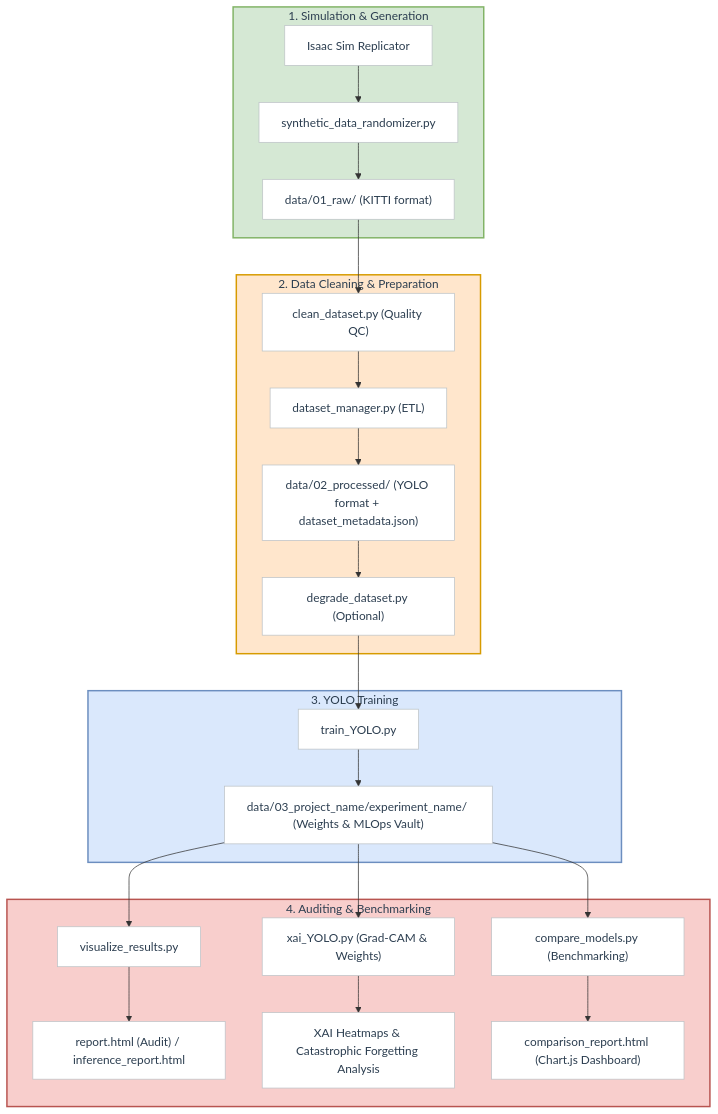
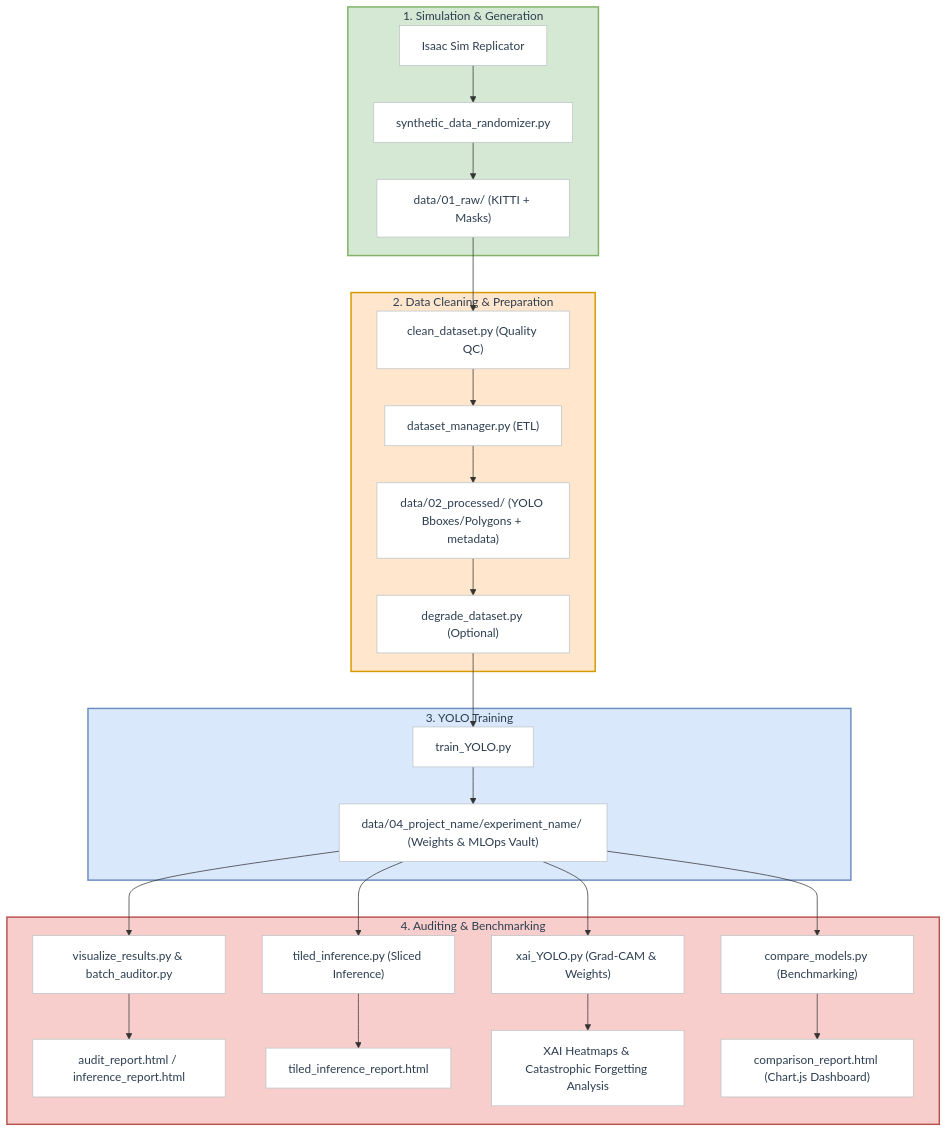
Before and after one commit to IGL5/Sim-to-Real-Isaac-Sim: the diagram in README.md, drawn with Mermaid. The commit also changed other lines of this file, not shown here.

````diff
--- a/README.md
+++ b/README.md
@@ -13,36 +13,38 @@
 ```mermaid
 flowchart TD
     classDef default color:#2c3e50,fill:#ffffff,stroke:#bdc3c7;
 
     subgraph Simulation [1. Simulation & Generation]
         A["Isaac Sim Replicator"] --> B["synthetic_data_randomizer.py"]
-        B --> C["data/01_raw/ (KITTI format)"]
+        B --> C["data/01_raw/ (KITTI + Masks)"]
     end
 
     subgraph DataPrep [2. Data Cleaning & Preparation]
         C --> D["clean_dataset.py (Quality QC)"]
         D --> E["dataset_manager.py (ETL)"]
-        E --> DEG["data/02_processed/ (YOLO format + dataset_metadata.json)"]
+        E --> DEG["data/02_processed/ (YOLO Bboxes/Polygons + metadata)"]
         DEG --> F["degrade_dataset.py (Optional)"]
         
     end
 
     subgraph Training [3. YOLO Training]
         F --> G["train_YOLO.py"]
-        G --> H["data/03_project_name/experiment_name/ (Weights & MLOps Vault)"]
+        G --> H["data/04_project_name/experiment_name/ (Weights & MLOps Vault)"]
     end
 
     subgraph Evaluation [4. Auditing & Benchmarking]
-        H --> I["visualize_results.py"]
+        H --> I["visualize_results.py & batch_auditor.py"]
+        H --> T["tiled_inference.py (Sliced Inference)"]
         H --> J["xai_YOLO.py (Grad-CAM & Weights)"]
         H --> K["compare_models.py (Benchmarking)"]
-        I --> L["report.html (Audit) / inference_report.html"]
+        I --> L["audit_report.html / inference_report.html"]
+        T --> LT["tiled_inference_report.html"]
         J --> M["XAI Heatmaps & Catastrophic Forgetting Analysis"]
         K --> N["comparison_report.html (Chart.js Dashboard)"]
     end
 
     style Simulation fill:#d5e8d4,stroke:#82b366,stroke-width:2px,color:#2c3e50
     style DataPrep fill:#ffe6cc,stroke:#d79b00,stroke-width:2px,color:#2c3e50
     style Training fill:#dae8fc,stroke:#6c8ebf,stroke-width:2px,color:#2c3e50
     style Evaluation fill:#f8cecc,stroke:#b85450,stroke-width:2px,color:#2c3e50
 ```
````
